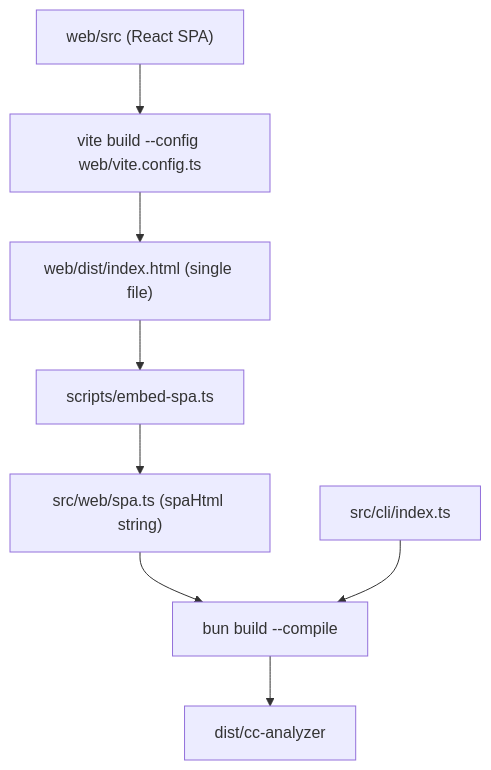
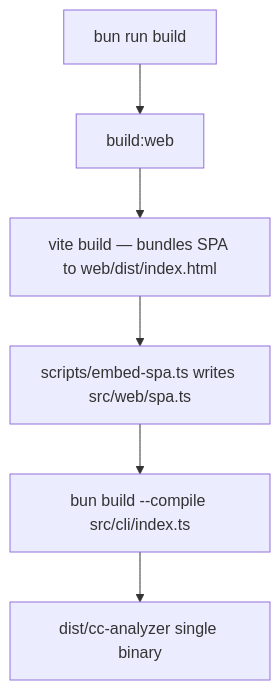
The second of 2 diagrams in wiki/1-repository-structure.md (yorch/cc-analyzer), drawn with Mermaid before and after one commit. The commit also changed other lines of this file and 16 other files, not shown here.

````diff
--- a/wiki/1-repository-structure.md
+++ b/wiki/1-repository-structure.md
@@ -97,10 +101,8 @@
 ```mermaid
 flowchart TD
-    websrc["web/src (React SPA)"] --> vite["vite build --config web/vite.config.ts"]
-    vite --> html["web/dist/index.html (single file)"]
-    html --> embed["scripts/embed-spa.ts"]
-    embed --> spa["src/web/spa.ts (spaHtml string)"]
-    spa --> compile["bun build --compile"]
-    entry["src/cli/index.ts"] --> compile
-    compile --> binary["dist/cc-analyzer"]
+    Start[bun run build] --> BuildWeb[build:web]
+    BuildWeb --> Vite[vite build — bundles SPA to web/dist/index.html]
+    Vite --> Embed[scripts/embed-spa.ts writes src/web/spa.ts]
+    Embed --> Compile[bun build --compile src/cli/index.ts]
+    Compile --> Binary[dist/cc-analyzer single binary]
 ```
````
